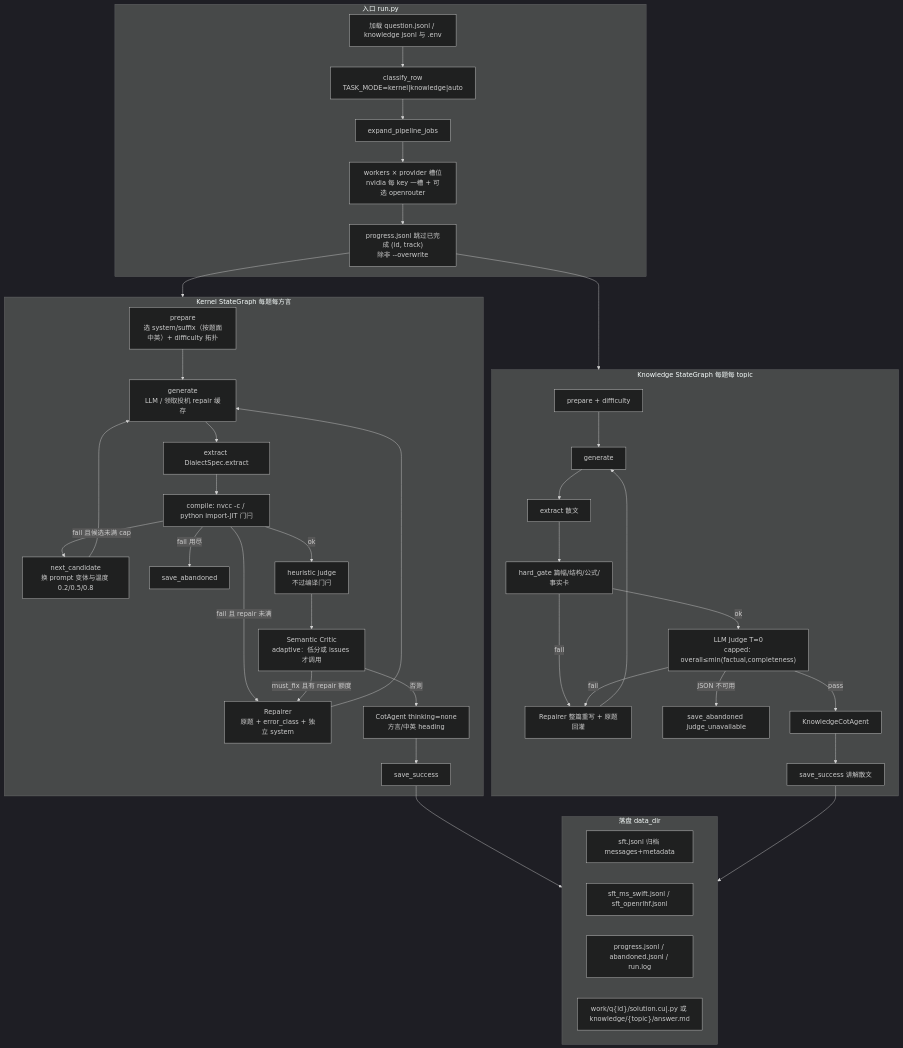
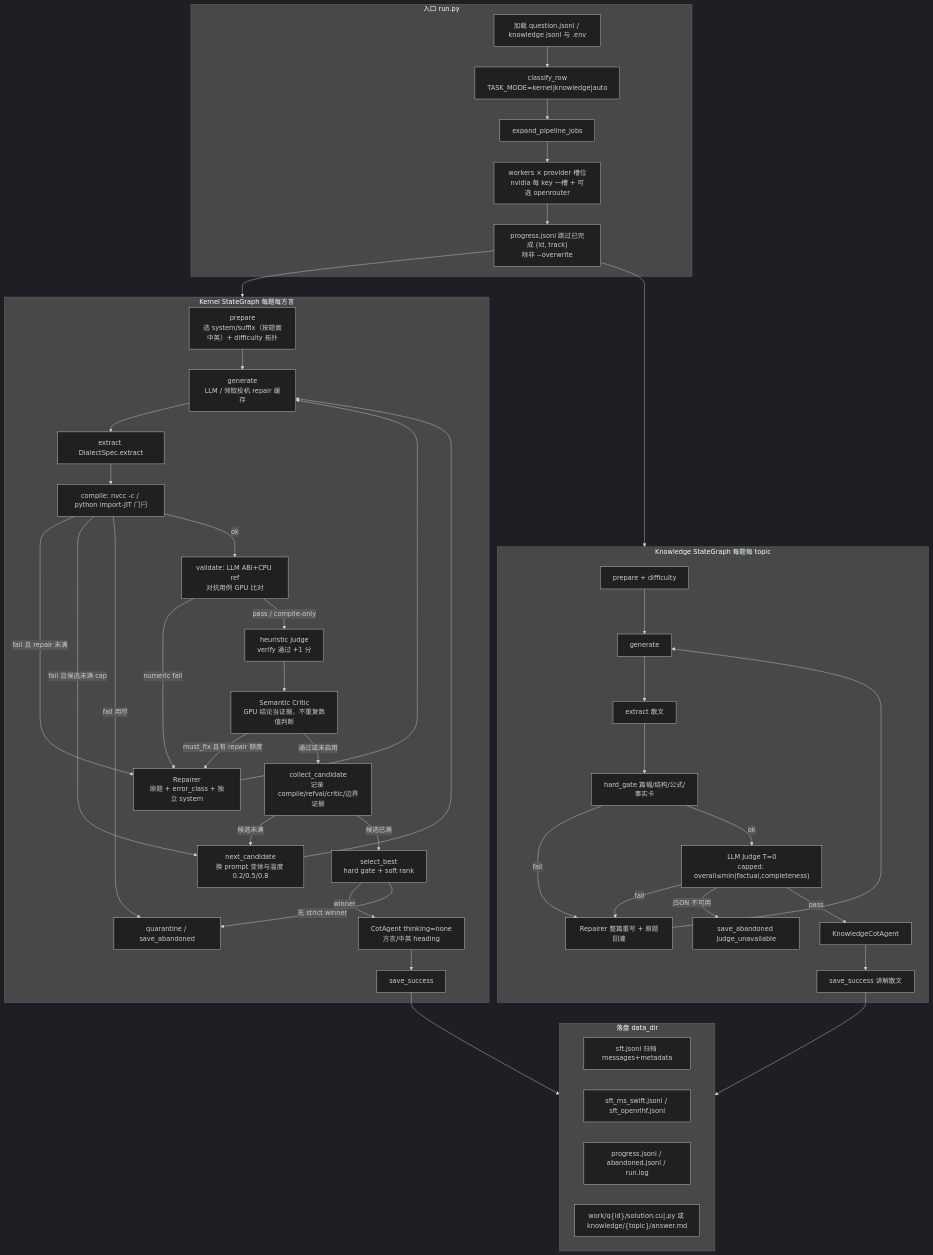
Before and after one commit to KernelFlow-ops/cuda-datagen: the first of 2 diagrams in README.md, drawn with Mermaid (dark theme). The commit also changed other lines of this file and 56 other files, not shown here.

````diff
--- a/README.md
+++ b/README.md
@@ -232,51 +309,57 @@
 ```mermaid
 flowchart TB
   subgraph CLI["入口 run.py"]
     A["加载 question.jsonl / knowledge jsonl 与 .env"] --> B["classify_row<br/>TASK_MODE=kernel|knowledge|auto"]
     B --> C["expand_pipeline_jobs"]
     C --> D["workers × provider 槽位<br/>nvidia 每 key 一槽 + 可选 openrouter"]
     D --> E["progress.jsonl 跳过已完成 (id, track)<br/>除非 --overwrite"]
   end
 
   E --> KER
   E --> KNOW
 
   subgraph KER["Kernel StateGraph 每题每方言"]
     K0["prepare<br/>选 system/suffix（按题面中英）+ difficulty 拓扑"] --> K1["generate<br/>LLM / 领取投机 repair 缓存"]
     K1 --> K2["extract DialectSpec.extract"]
     K2 --> K3["compile: nvcc -c / python import-JIT 门闩"]
     K3 -->|fail 且 repair 未满| K4["Repairer<br/>原题 + error_class + 独立 system"]
     K4 --> K1
     K3 -->|fail 且候选未满 cap| K5["next_candidate<br/>换 prompt 变体与温度 0.2/0.5/0.8"]
     K5 --> K1
     K3 -->|fail 用尽| KX["save_abandoned"]
-    K3 -->|ok| K6["heuristic judge<br/>不过编译门闩"]
-    K6 --> K7["Semantic Critic<br/>adaptive：低分或 issues 才调用"]
+    K3 -->|ok| KV["validate: LLM ABI+CPU ref<br/>对抗用例 GPU 比对"]
+    KV -->|numeric fail| K4
+    KV -->|pass / compile-only| K6["heuristic judge<br/>verify 通过 +1 分"]
+    K6 --> K7["Semantic Critic<br/>GPU 结论当证据，不重复数值判断"]
     K7 -->|must_fix 且有 repair 额度| K4
-    K7 -->|否则| K8["CotAgent thinking=none<br/>方言/中英 heading"]
+    K7 -->|通过或未启用| KC["collect_candidate<br/>记录 compile/refval/critic/边界证据"]
+    KC -->|候选未满| K5
+    KC -->|候选已满| KS["select_best<br/>hard gate + soft rank"]
+    KS -->|winner| K8["CotAgent thinking=none<br/>方言/中英 heading"]
+    KS -->|无 strict winner| KX["quarantine / save_abandoned"]
     K8 --> K9["save_success"]
   end
 
   subgraph KNOW["Knowledge StateGraph 每题每 topic"]
     N0["prepare + difficulty"] --> N1["generate"]
     N1 --> N2["extract 散文"]
     N2 --> N3["hard_gate 篇幅/结构/公式/事实卡"]
     N3 -->|fail| N4["Repairer 整篇重写 + 原题回灌"]
     N4 --> N1
     N3 -->|ok| N5["LLM Judge T=0<br/>capped: overall≤min(factual,completeness)"]
     N5 -->|fail| N4
     N5 -->|JSON 不可用| NX["save_abandoned judge_unavailable"]
     N5 -->|pass| N6["KnowledgeCotAgent"]
     N6 --> N7["save_success 讲解散文"]
   end
 
   K9 --> OUT
   N7 --> OUT
 
   subgraph OUT["落盘 data_dir"]
     O1["sft.jsonl 归档 messages+metadata"]
     O2["sft_ms_swift.jsonl / sft_openrlhf.jsonl"]
     O3["progress.jsonl / abandoned.jsonl / run.log"]
     O4["work/q{id}/solution.cu|.py 或 knowledge/{topic}/answer.md"]
   end
 ```
````
